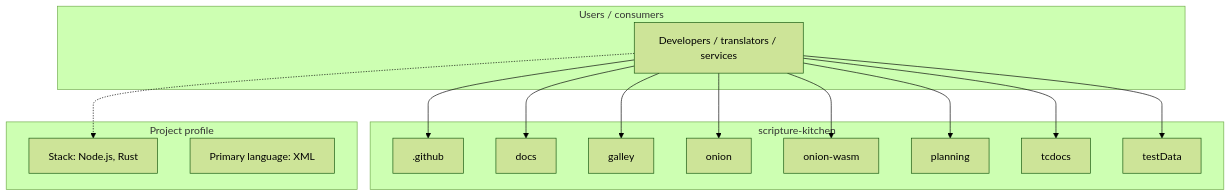
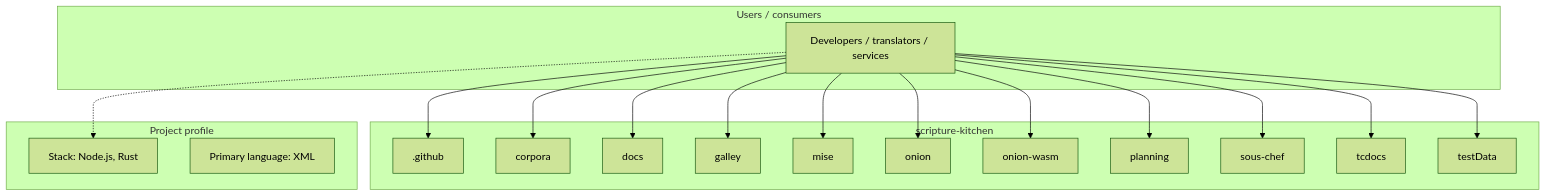
The first of 3 diagrams in architecture/WycliffeAssociates/scripture-kitchen-architecture.md (AnonymousWalker/project-repos-diagram), drawn with Mermaid (forest theme) before and after one commit. The commit also changed other lines of this file and 3 other files, not shown here.

Commit message:
chore: refresh architecture diagrams

````diff
--- a/architecture/WycliffeAssociates/scripture-kitchen-architecture.md
+++ b/architecture/WycliffeAssociates/scripture-kitchen-architecture.md
@@ -9,32 +9,38 @@
 ```mermaid
 flowchart TB
   subgraph users["Users / consumers"]
     Users["Developers / translators / services"]
   end
 
   subgraph project["scripture-kitchen"]
     M0[".github"]
-    M1["docs"]
-    M2["galley"]
-    M3["onion"]
-    M4["onion-wasm"]
-    M5["planning"]
-    M6["tcdocs"]
-    M7["testData"]
+    M1["corpora"]
+    M2["docs"]
+    M3["galley"]
+    M4["mise"]
+    M5["onion"]
+    M6["onion-wasm"]
+    M7["planning"]
+    M8["sous-chef"]
+    M9["tcdocs"]
+    M10["testData"]
   end
 
   subgraph meta["Project profile"]
     Stack["Stack: Node.js, Rust"]
     Lang["Primary language: XML"]
   end
 
   Users --> M0
   Users --> M1
   Users --> M2
   Users --> M3
   Users --> M4
   Users --> M5
   Users --> M6
   Users --> M7
+  Users --> M8
+  Users --> M9
+  Users --> M10
   Users -.-> Stack
 ```
````
